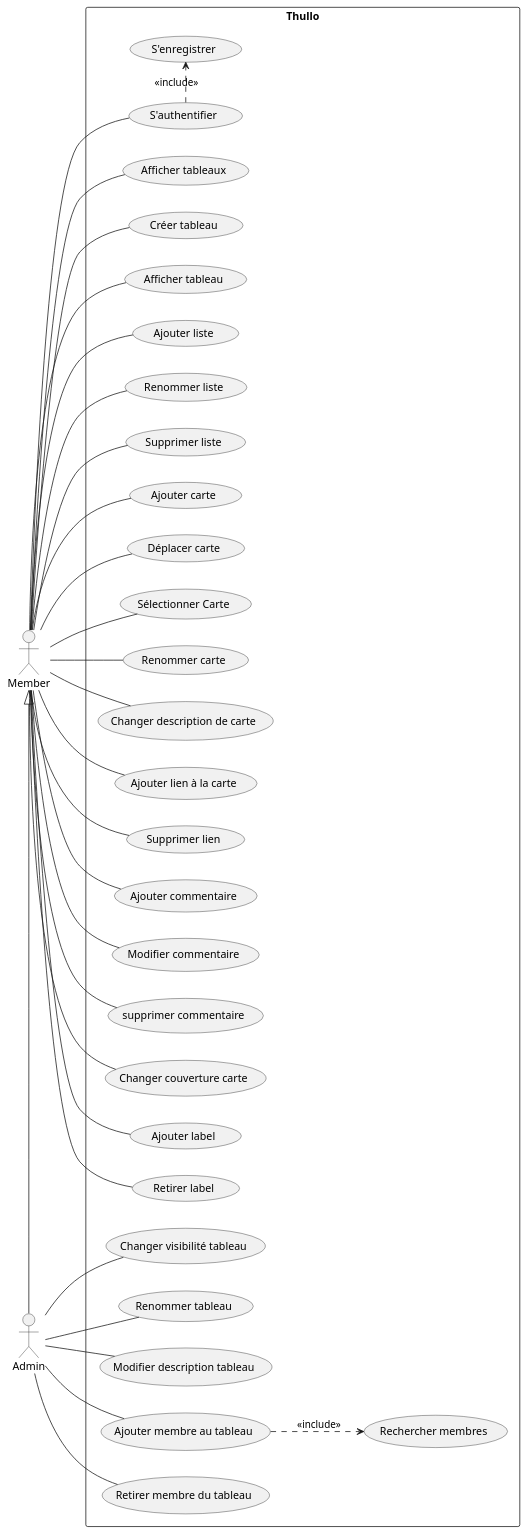
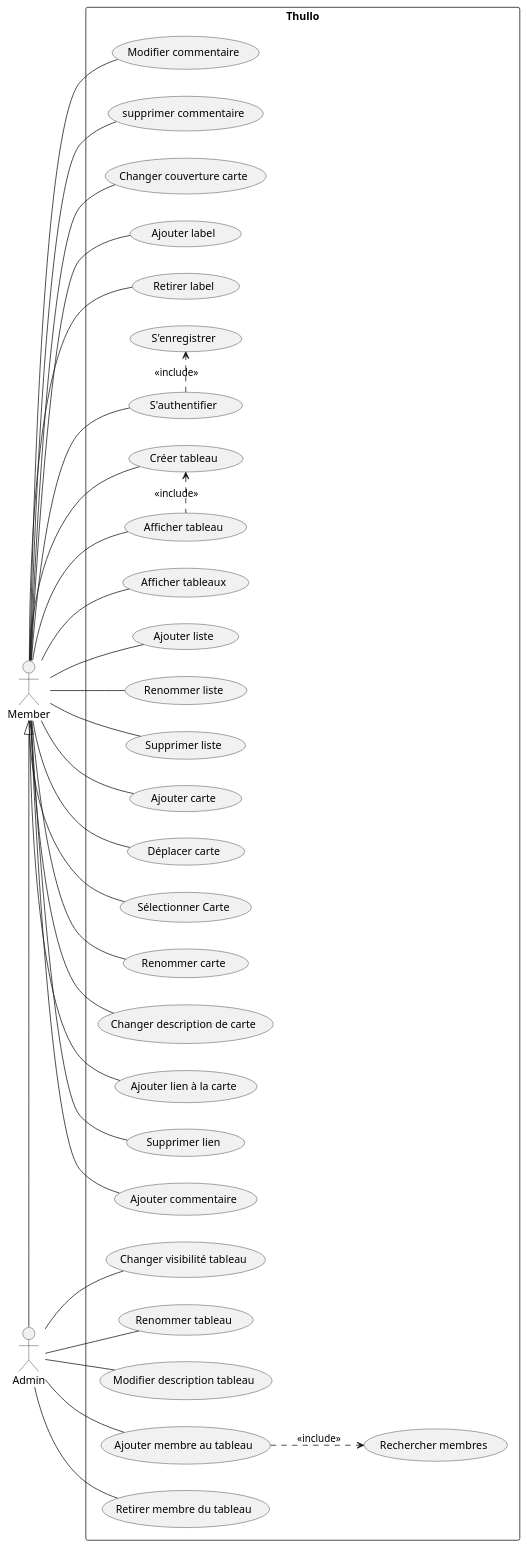
One commit to Fredkiss3/thullo changed the diagram in packages/domain/uml/usecases.puml. Above: the diagram before and after it, drawn with PlantUML. The commit also changed 5 other files, not shown here.

```diff
--- a/packages/domain/uml/usecases.puml
+++ b/packages/domain/uml/usecases.puml
@@ -1,73 +1,75 @@
 @startuml
 'https://plantuml.com/use-case-diagram
 :Member: as member
 :Admin: as admin
 
 left to right direction
 
 rectangle Thullo {
     (S'enregistrer) as (register)
     (S'authentifier) as (auth)
 
     (Afficher tableaux) as (seeAllBoards)
     (Créer tableau) as (addBoard)
     (Afficher tableau) as (seeBoard)
     (Changer visibilité tableau) as (setBoardVisibility)
     (Renommer tableau) as (renameBoard)
     (Modifier description tableau) as (updateBoardDescription)
 
     (Rechercher membres) as (searchMembers)
     (Ajouter membre au tableau) as (inviteMemberToBoard)
     (Retirer membre du tableau) as (removeMemberFromBoard)
 
     (Ajouter liste) as (addList)
     (Renommer liste) as (renameList)
     (Supprimer liste) as (deleteList)
 
     (Ajouter carte) as (addCard)
     (Déplacer carte) as (moveCard)
     (Sélectionner Carte) as (seeCardDetails)
     (Renommer carte) as (renameCard)
     (Changer description de carte) as (updateCardDescription)
     (Ajouter lien à la carte) as (addAttachement)
     (Supprimer lien) as (deleteAttachement)
     (Ajouter commentaire) as (addComment)
     (Modifier commentaire) as (updateComment)
     (supprimer commentaire) as (deleteComment)
     (Changer couverture carte) as (updateCardCover)
     (Ajouter label) as (addLabelToCard)
     (Retirer label) as (removeLabelFromCard)
 
     (register) <.left. (auth) : << include >>
+    (seeBoard) .left.> (addBoard): << include >>
     (inviteMemberToBoard) ..> (searchMembers) : << include >>
 
     member -- (auth)
     member -- (seeAllBoards)
     member -- (seeBoard)
     member -- (addBoard)
     member -- (addList)
     member -- (renameList)
     member -- (deleteList)
     member -- (addCard)
     member -- (moveCard)
     member -- (renameCard)
     member -- (seeCardDetails)
     member -- (addComment)
     member -- (updateComment)
     member -- (deleteComment)
     member -- (addLabelToCard)
     member -- (removeLabelFromCard)
     member -- (updateCardDescription)
     member -- (updateCardCover)
     member -- (addAttachement)
     member -- (deleteAttachement)
 
+
     admin -- (removeMemberFromBoard)
     admin -- (renameBoard)
     admin -- (updateBoardDescription)
     admin -- (inviteMemberToBoard)
     admin -- (setBoardVisibility)
 
     member <|-right- admin
  }
 @enduml
```
